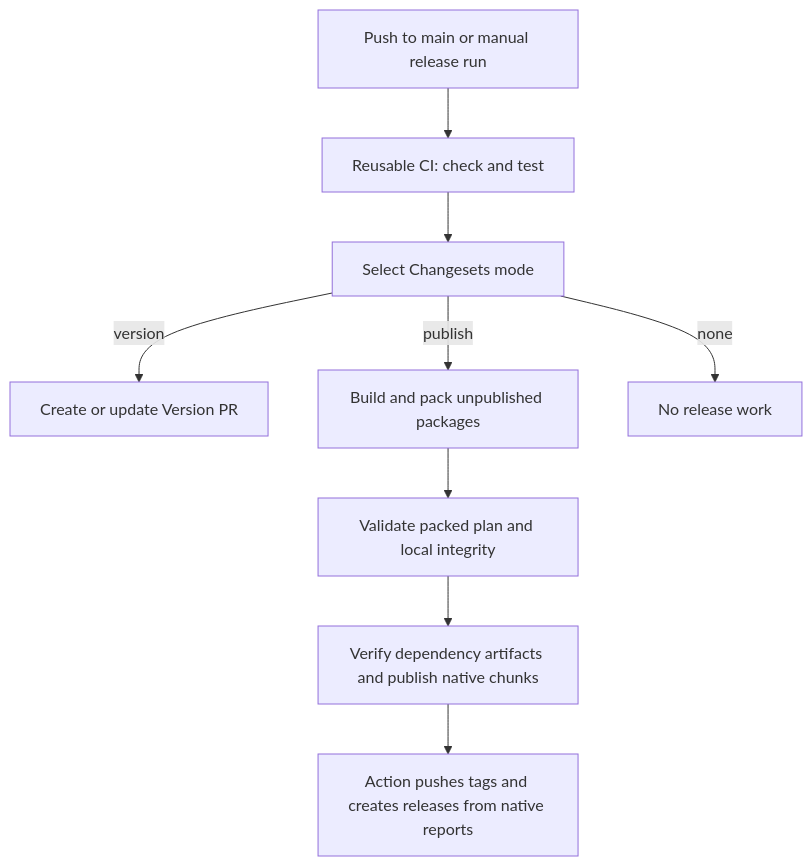
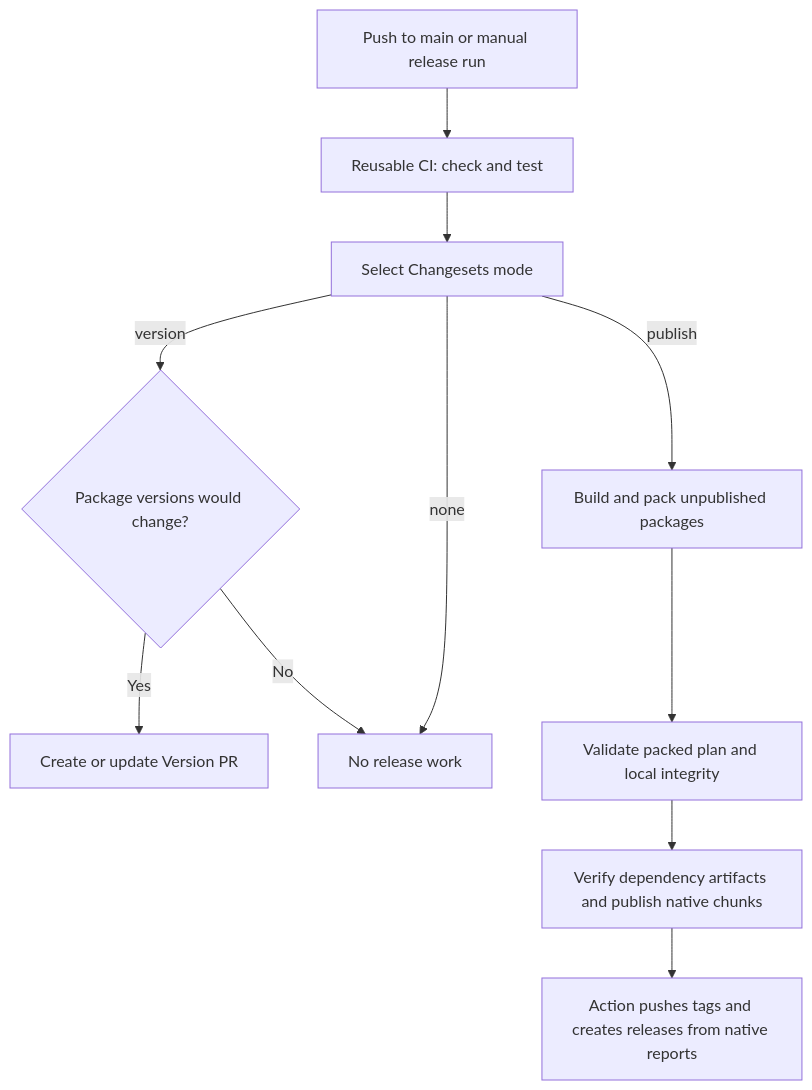
One commit to narumiruna/pi-extensions changed the diagram in docs/release-workflow.md. Above: the diagram before and after it, drawn with Mermaid. The commit also changed other lines of this file and 5 other files, not shown here.

````diff
--- a/docs/release-workflow.md
+++ b/docs/release-workflow.md
@@ -5,11 +5,13 @@
 ```mermaid
 flowchart TD
     Push[Push to main or manual release run] --> CI[Reusable CI: check and test]
     CI --> Select[Select Changesets mode]
-    Select -->|version| Version[Create or update Version PR]
+    Select -->|version| Plan{Package versions would change?}
+    Plan -->|Yes| Version[Create or update Version PR]
+    Plan -->|No| Skip
     Select -->|publish| Pack[Build and pack unpublished packages]
     Select -->|none| Skip[No release work]
     Pack --> Guard[Validate packed plan and local integrity]
     Guard --> Publish[Verify dependency artifacts and publish native chunks]
     Publish --> Reports[Action pushes tags and creates releases from native reports]
 ```
````
